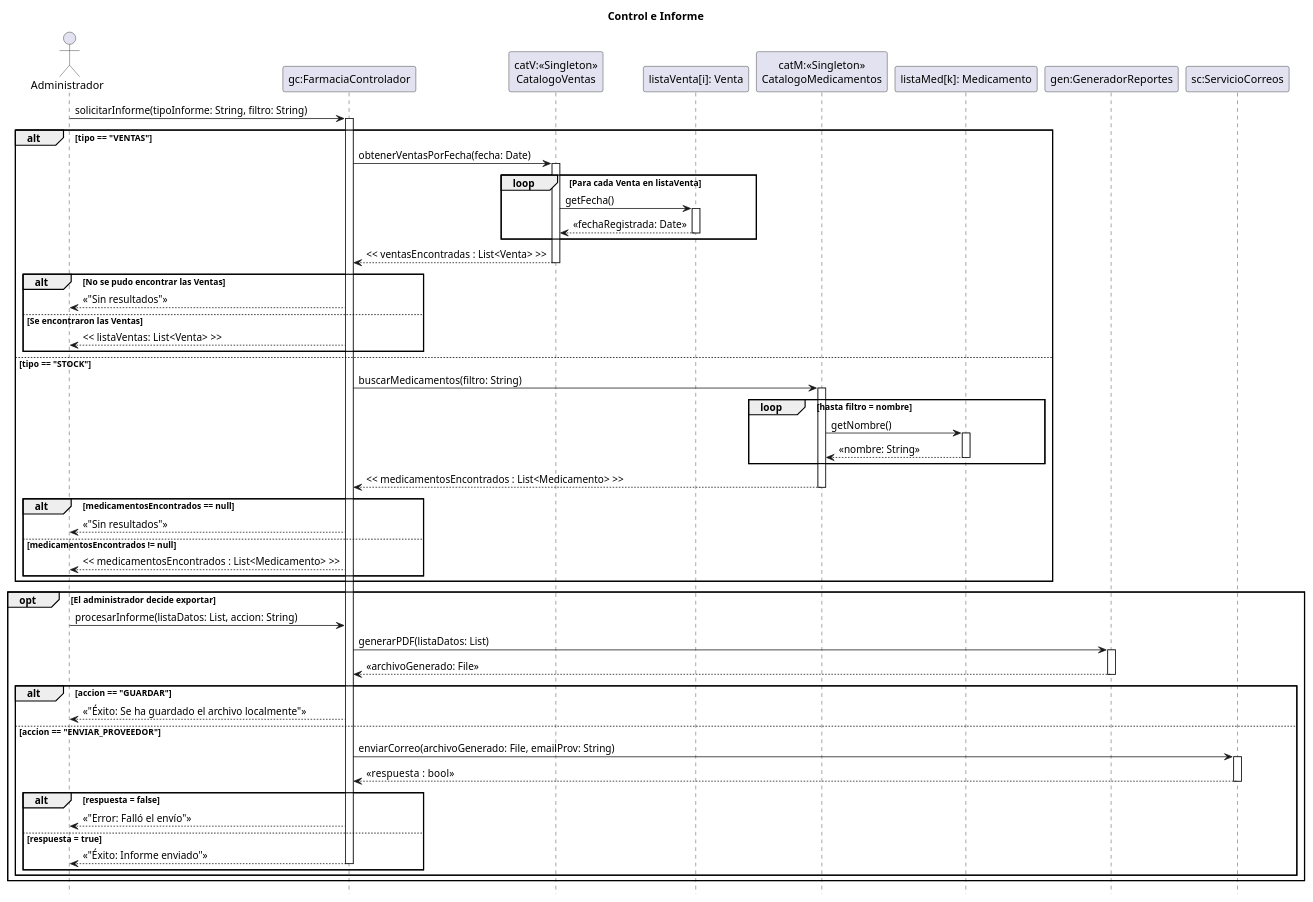
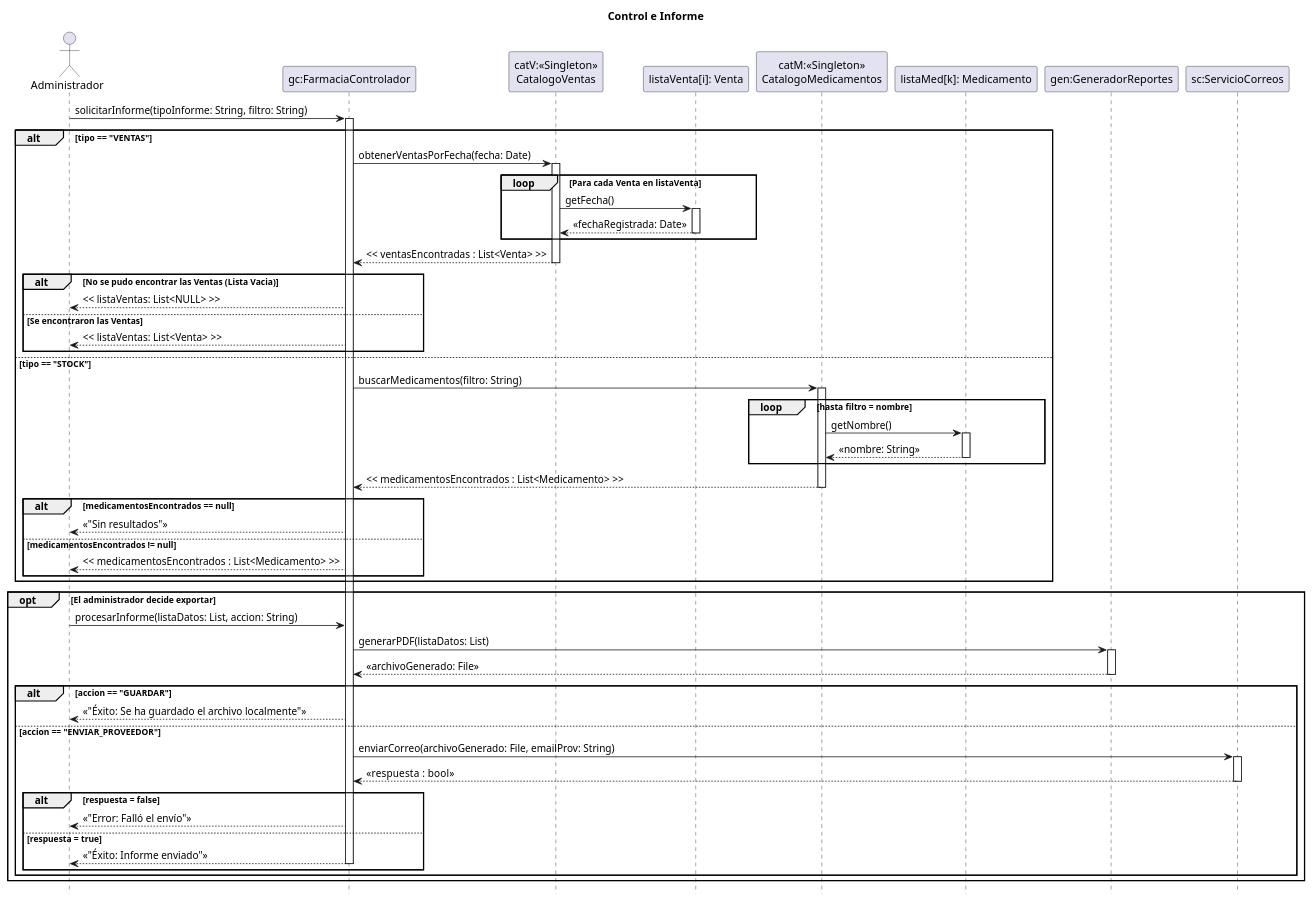
Before and after one commit to zEzequR/PF-I: the diagram in 08 - Diagramas de Secuencia de Diseño/Control e Informe/ControlEinforme.puml, drawn with PlantUML. The commit also changed 1 other file, not shown here.

```diff
--- a/08 - Diagramas de Secuencia de Diseño/Control e Informe/ControlEinforme.puml
+++ b/08 - Diagramas de Secuencia de Diseño/Control e Informe/ControlEinforme.puml
@@ -1,84 +1,84 @@
 @startuml
 title Control e Informe
 
 hide footbox
 
 actor "Administrador" as admin
 participant "gc:FarmaciaControlador" as ctrl
 participant "catV:<<Singleton>>\nCatalogoVentas" as cat_ventas
 participant "listaVenta[i]: Venta" as venta 
 participant "catM:<<Singleton>>\nCatalogoMedicamentos" as cat_med
 participant "listaMed[k]: Medicamento" as med
 participant "gen:GeneradorReportes" as gen
 participant "sc:ServicioCorreos" as srv_mail
 
 admin -> ctrl : solicitarInforme(tipoInforme: String, filtro: String)
 activate ctrl
 
 alt tipo == "VENTAS"
     ctrl -> cat_ventas : obtenerVentasPorFecha(fecha: Date)
     activate cat_ventas
     
     loop Para cada Venta en listaVenta
         cat_ventas -> venta : getFecha()
         activate venta
         venta --> cat_ventas : << fechaRegistrada: Date >>
         deactivate venta
     end
     cat_ventas --> ctrl : << ventasEncontradas : List<Venta> >>
     deactivate cat_ventas
-    alt No se pudo encontrar las Ventas
-        ctrl --> admin : << "Sin resultados" >>
+    alt No se pudo encontrar las Ventas (Lista Vacia)
+        ctrl --> admin : << listaVentas: List<NULL> >>
     else Se encontraron las Ventas
         ctrl --> admin : << listaVentas: List<Venta> >>
     end
 
 else tipo == "STOCK"
     ctrl -> cat_med : buscarMedicamentos(filtro: String)
     activate cat_med
     
     loop hasta filtro = nombre
         cat_med -> med : getNombre()
         activate med
         med --> cat_med : << nombre: String >>
         deactivate med
     end
 
     cat_med --> ctrl : << medicamentosEncontrados : List<Medicamento> >>
     deactivate cat_med
 
     alt medicamentosEncontrados == null
         ctrl --> admin : << "Sin resultados" >>
     else medicamentosEncontrados != null
         ctrl --> admin : << medicamentosEncontrados : List<Medicamento> >>
     end
 end
 
 opt El administrador decide exportar
     admin -> ctrl : procesarInforme(listaDatos: List, accion: String)
 
     ctrl -> gen : generarPDF(listaDatos: List)
     activate gen
     gen --> ctrl : << archivoGenerado: File >>
     deactivate gen
 
     alt accion == "GUARDAR"
         ctrl --> admin : << "Éxito: Se ha guardado el archivo localmente">>
         
     else accion == "ENVIAR_PROVEEDOR"
         ctrl -> srv_mail : enviarCorreo(archivoGenerado: File, emailProv: String)
         activate srv_mail
         srv_mail --> ctrl : << respuesta :  bool >>
         deactivate srv_mail
         
         alt respuesta = false
             ctrl --> admin : << "Error: Falló el envío" >>
         else respuesta = true
             ctrl --> admin : << "Éxito: Informe enviado" >>
             deactivate ctrl
         end
         
     end
 end
 
 @enduml
```
